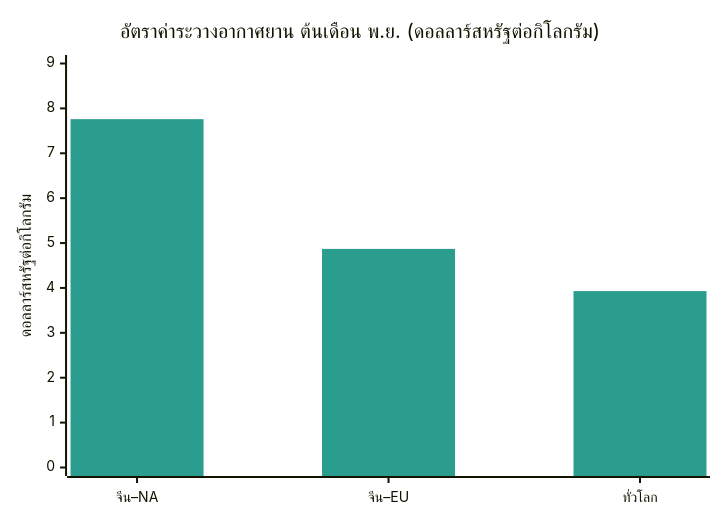
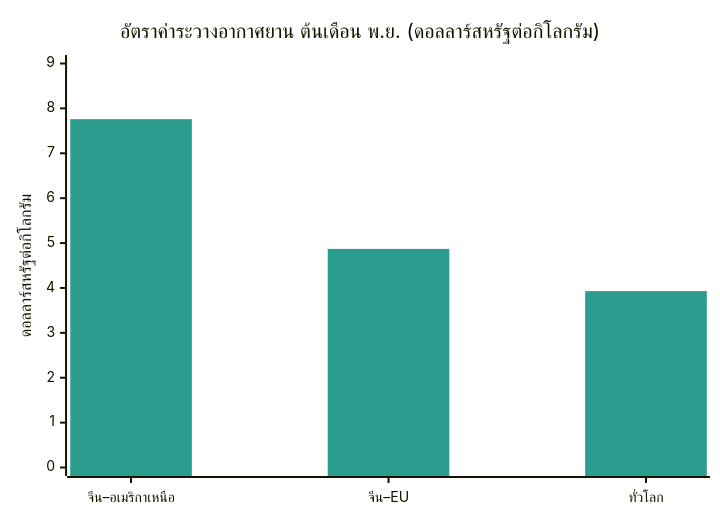
One commit to dureach/research changed the tenth of 13 diagrams in Global-Trade-Intelligence-weekly-2026-11-16/index.th.md. Above: the diagram before and after it, drawn with Mermaid. The commit also changed other lines of this file and 5 other files, not shown here.

````diff
--- a/Global-Trade-Intelligence-weekly-2026-11-16/index.th.md
+++ b/Global-Trade-Intelligence-weekly-2026-11-16/index.th.md
@@ -528,8 +528,8 @@
 ```mermaid
 %%{init: {'theme': 'base', 'themeVariables': {'xyChart': {'plotColorPalette': '#2a9d8f'}}}}%%
 xychart-beta
     title "อัตราค่าระวางอากาศยาน ต้นเดือน พ.ย. (ดอลลาร์สหรัฐต่อกิโลกรัม)"
-    x-axis ["จีน–NA", "จีน–EU", "ทั่วโลก"]
+    x-axis ["จีน–อเมริกาเหนือ", "จีน–EU", "ทั่วโลก"]
     y-axis "ดอลลาร์สหรัฐต่อกิโลกรัม" 0 --> 9
     bar [7.76, 4.87, 3.93]
 ```
````
